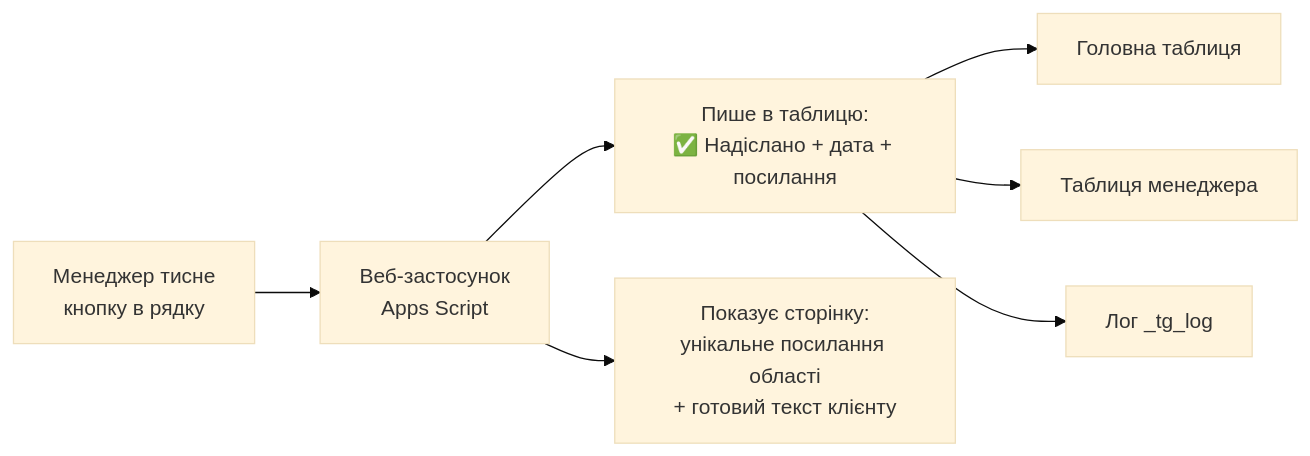
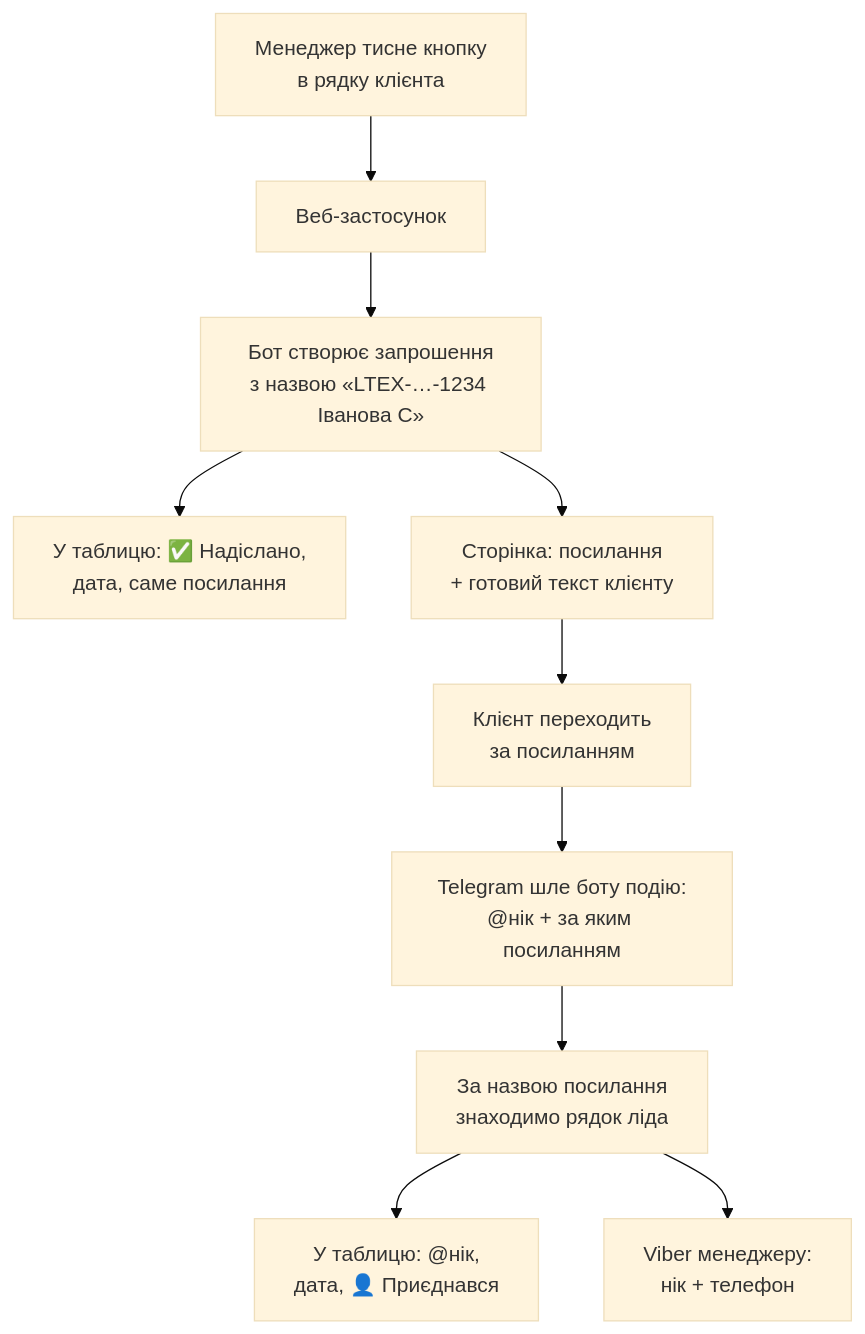
The diagram in apps-script/README.md (ltexlutskai-tech/ltex-leads), drawn with Mermaid (base theme) before and after one commit. The commit also changed other lines of this file and 2 other files, not shown here.

````diff
--- a/apps-script/README.md
+++ b/apps-script/README.md
@@ -19,9 +26,12 @@
 ```mermaid
-flowchart LR
-    A["Менеджер тисне<br/>кнопку в рядку"] --> B["Веб-застосунок<br/>Apps Script"]
-    B --> C["Пише в таблицю:<br/>✅ Надіслано + дата + посилання"]
-    B --> D["Показує сторінку:<br/>унікальне посилання області<br/>+ готовий текст клієнту"]
-    C --> E["Головна таблиця"]
-    C --> F["Таблиця менеджера"]
-    C --> G["Лог _tg_log"]
+flowchart TD
+    A["Менеджер тисне кнопку<br/>в рядку клієнта"] --> B["Веб-застосунок"]
+    B --> C["Бот створює запрошення<br/>з назвою «LTEX-…-1234 Іванова С»"]
+    C --> D["У таблицю: ✅ Надіслано,<br/>дата, саме посилання"]
+    C --> E["Сторінка: посилання<br/>+ готовий текст клієнту"]
+    E --> F["Клієнт переходить<br/>за посиланням"]
+    F --> G["Telegram шле боту подію:<br/>@нік + за яким посиланням"]
+    G --> H["За назвою посилання<br/>знаходимо рядок ліда"]
+    H --> I["У таблицю: @нік,<br/>дата, 👤 Приєднався"]
+    H --> J["Viber менеджеру:<br/>нік + телефон"]
 ```
````
